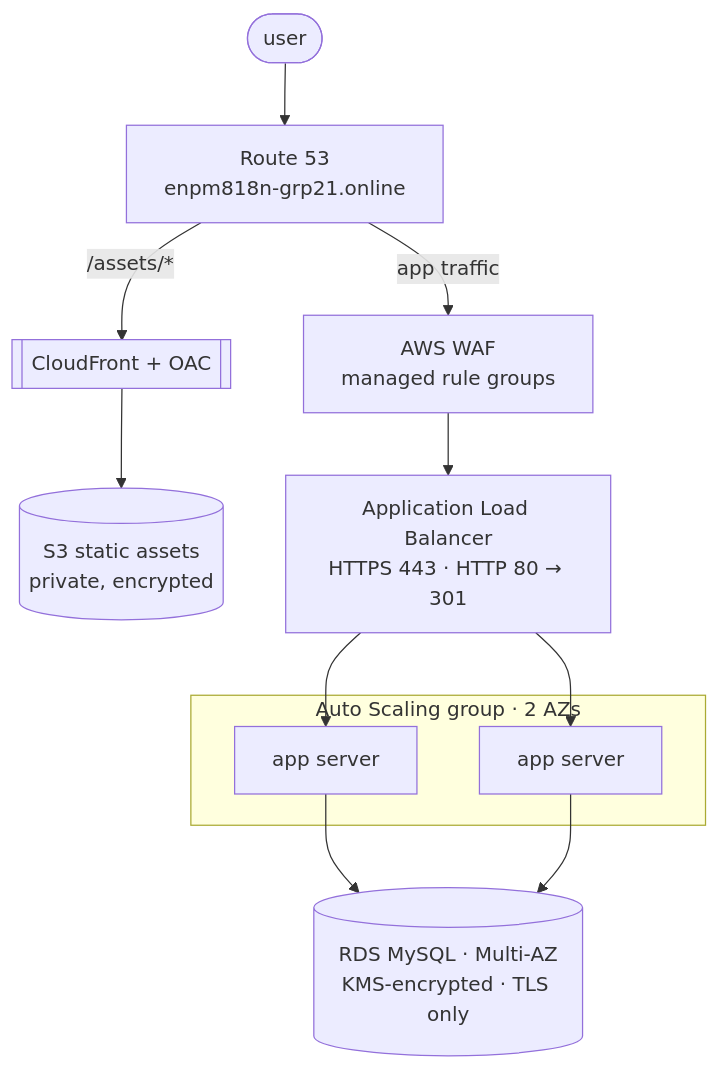
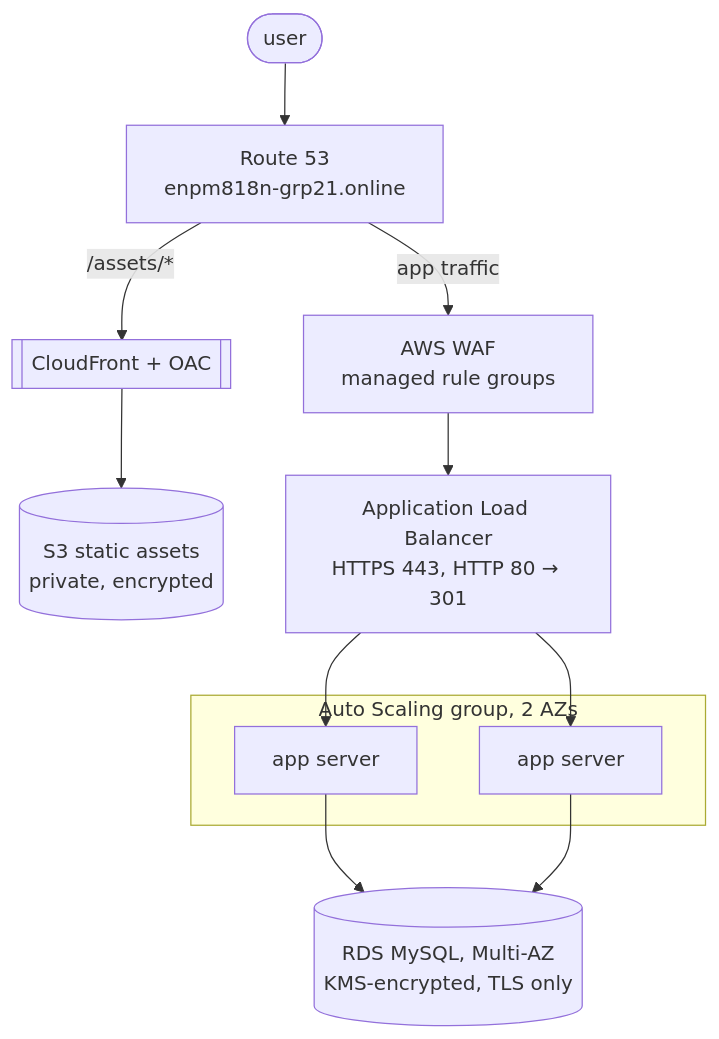
One commit to Elnimo-00/scalable-secure-ecommerce-aws changed the diagram in docs/architecture.md. Above: the diagram before and after it, drawn with Mermaid. The commit also changed other lines of this file and 7 other files, not shown here.

````diff
--- a/docs/architecture.md
+++ b/docs/architecture.md
@@ -10,24 +10,24 @@
 ```mermaid
 flowchart TD
     user([user])
     dns["Route 53<br>enpm818n-grp21.online"]
     cf[["CloudFront + OAC"]]
     s3[("S3 static assets<br>private, encrypted")]
     waf["AWS WAF<br>managed rule groups"]
-    alb["Application Load Balancer<br>HTTPS 443 · HTTP 80 → 301"]
-    subgraph asg["Auto Scaling group · 2 AZs"]
+    alb["Application Load Balancer<br>HTTPS 443, HTTP 80 → 301"]
+    subgraph asg["Auto Scaling group, 2 AZs"]
         e1["app server"]
         e2["app server"]
     end
-    rds[("RDS MySQL · Multi-AZ<br>KMS-encrypted · TLS only")]
+    rds[("RDS MySQL, Multi-AZ<br>KMS-encrypted, TLS only")]
 
     user --> dns
     dns -->|"/assets/*"| cf
     cf --> s3
     dns -->|"app traffic"| waf
     waf --> alb
     alb --> e1
     alb --> e2
     e1 --> rds
     e2 --> rds
 ```
````
